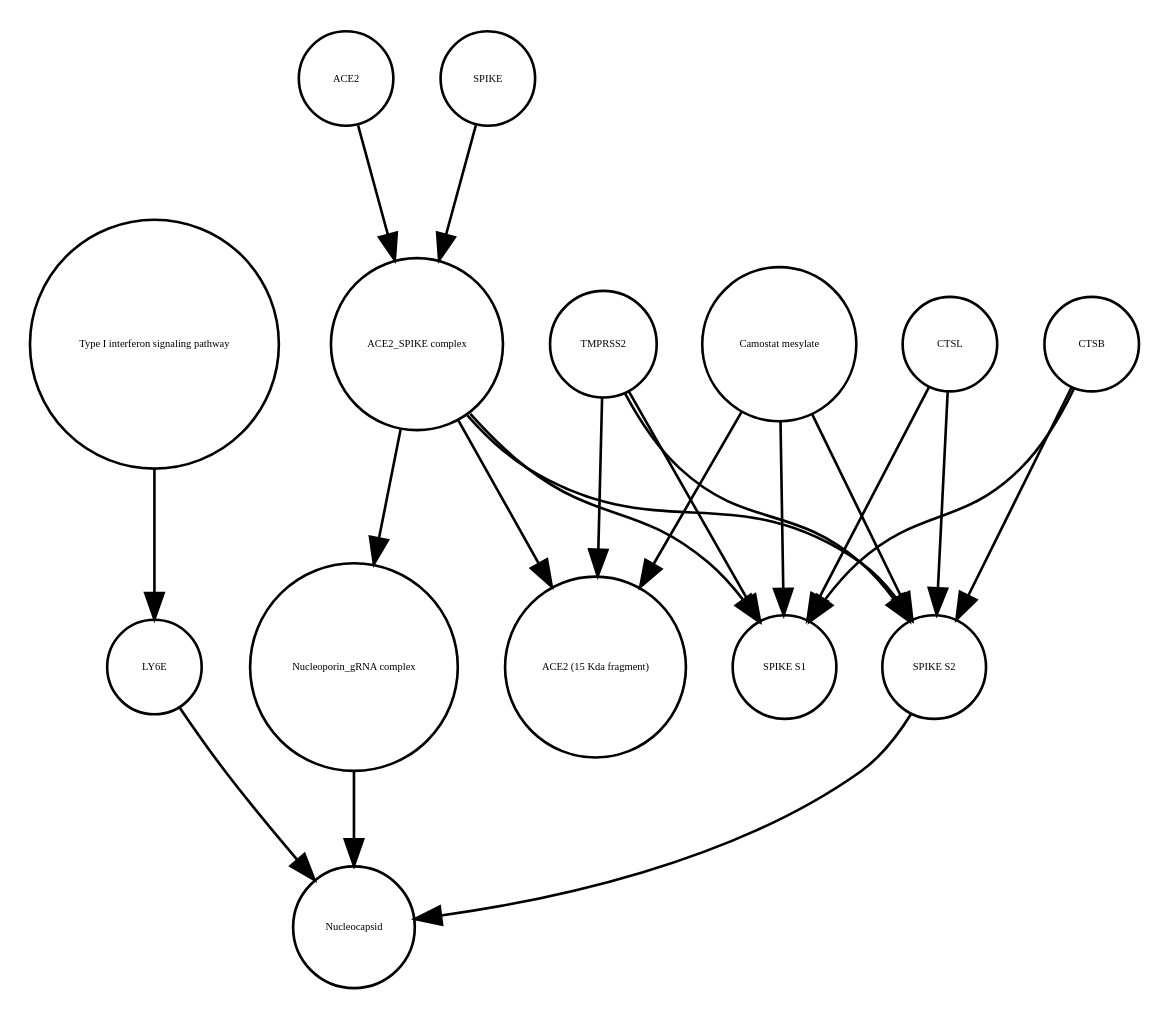
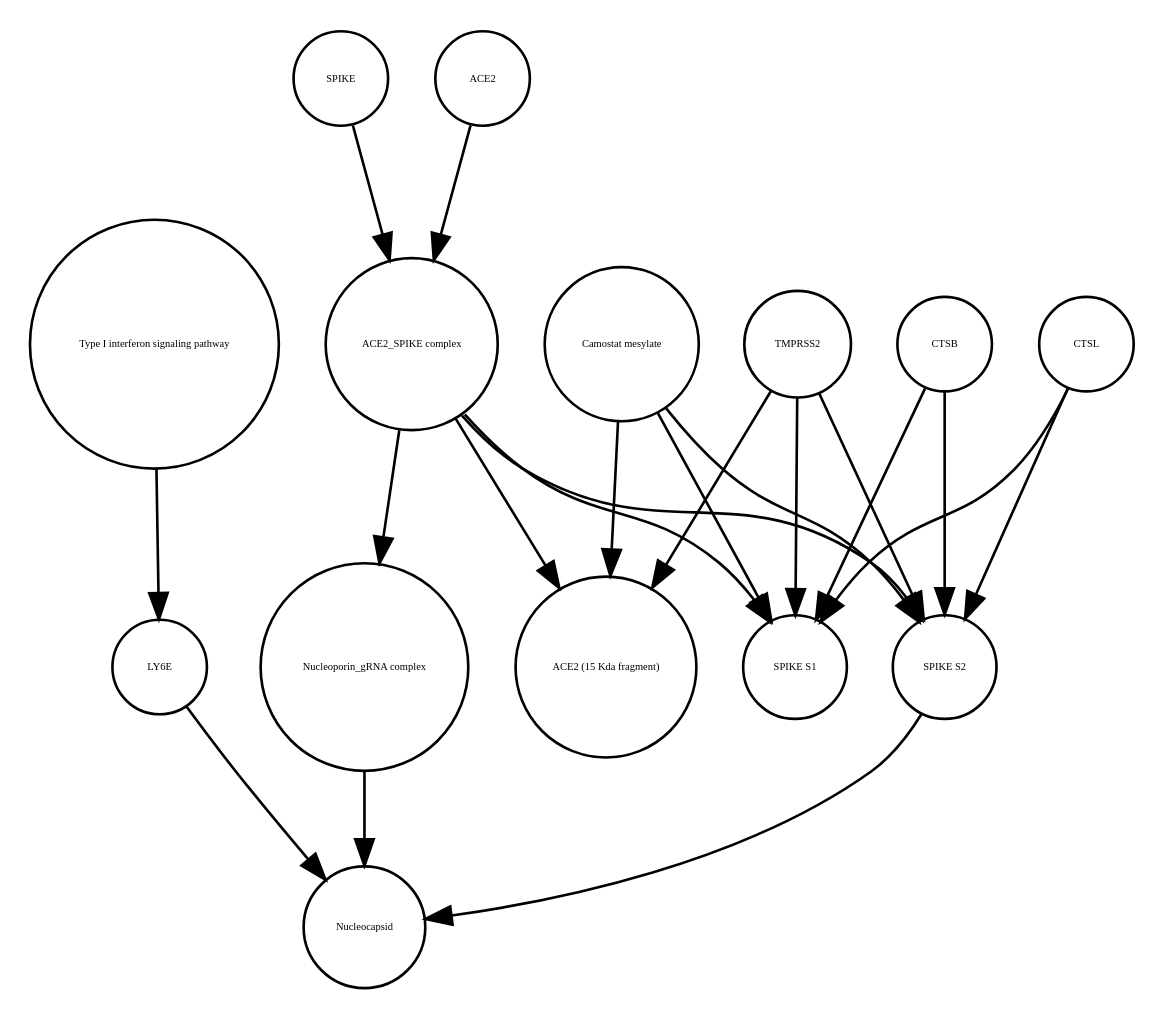
One commit to cannin/covid19-sbgn changed the diagram in Virus_replication_cycle_V01.xml_projected.dot. Above: the diagram before and after it, drawn with Graphviz. The commit also changed 637 other files, not shown here.

```diff
--- a/Virus_replication_cycle_V01.xml_projected.dot
+++ b/Virus_replication_cycle_V01.xml_projected.dot
@@ -1,36 +1,36 @@
 strict digraph  {
 "Type I interferon signaling pathway" [annotation="", bipartite=0, cls=phenotype, fontsize=4, label="Type I interferon signaling pathway", shape=circle];
 LY6E [annotation="", bipartite=0, cls=macromolecule, fontsize=4, label=LY6E, shape=circle];
+"ACE2_SPIKE complex" [annotation="", bipartite=0, cls=complex, fontsize=4, label="ACE2_SPIKE complex", shape=circle];
+"Camostat mesylate" [annotation="urn_miriam_pubchem.compound_2536", bipartite=0, cls="simple chemical", fontsize=4, label="Camostat mesylate", shape=circle];
+TMPRSS2 [annotation="", bipartite=0, cls=macromolecule, fontsize=4, label=TMPRSS2, shape=circle];
+SPIKE [annotation="", bipartite=0, cls="macromolecule multimer", fontsize=4, label=SPIKE, shape=circle];
+ACE2 [annotation="", bipartite=0, cls=macromolecule, fontsize=4, label=ACE2, shape=circle];
+"SPIKE S2" [annotation="", bipartite=0, cls=macromolecule, fontsize=4, label="SPIKE S2", shape=circle];
+CTSL [annotation="", bipartite=0, cls=macromolecule, fontsize=4, label=CTSL, shape=circle];
+"SPIKE S1" [annotation="", bipartite=0, cls=macromolecule, fontsize=4, label="SPIKE S1", shape=circle];
+Nucleocapsid [annotation="", bipartite=0, cls=complex, fontsize=4, label=Nucleocapsid, shape=circle];
+"ACE2 (15 Kda fragment)" [annotation="", bipartite=0, cls=macromolecule, fontsize=4, label="ACE2 (15 Kda fragment)", shape=circle];
 "Nucleoporin_gRNA complex " [annotation="", bipartite=0, cls=complex, fontsize=4, label="Nucleoporin_gRNA complex ", shape=circle];
-TMPRSS2 [annotation="", bipartite=0, cls=macromolecule, fontsize=4, label=TMPRSS2, shape=circle];
-"Camostat mesylate" [annotation="urn_miriam_pubchem.compound_2536", bipartite=0, cls="simple chemical", fontsize=4, label="Camostat mesylate", shape=circle];
 CTSB [annotation="", bipartite=0, cls=macromolecule, fontsize=4, label=CTSB, shape=circle];
-Nucleocapsid [annotation="", bipartite=0, cls=complex, fontsize=4, label=Nucleocapsid, shape=circle];
-"ACE2_SPIKE complex" [annotation="", bipartite=0, cls=complex, fontsize=4, label="ACE2_SPIKE complex", shape=circle];
-"SPIKE S2" [annotation="", bipartite=0, cls=macromolecule, fontsize=4, label="SPIKE S2", shape=circle];
-"ACE2 (15 Kda fragment)" [annotation="", bipartite=0, cls=macromolecule, fontsize=4, label="ACE2 (15 Kda fragment)", shape=circle];
-"SPIKE S1" [annotation="", bipartite=0, cls=macromolecule, fontsize=4, label="SPIKE S1", shape=circle];
-ACE2 [annotation="", bipartite=0, cls=macromolecule, fontsize=4, label=ACE2, shape=circle];
-SPIKE [annotation="", bipartite=0, cls="macromolecule multimer", fontsize=4, label=SPIKE, shape=circle];
-CTSL [annotation="", bipartite=0, cls=macromolecule, fontsize=4, label=CTSL, shape=circle];
 "Type I interferon signaling pathway" -> LY6E  [annotation="", interaction_type=stimulation];
-LY6E -> Nucleocapsid  [annotation="urn_miriam_doi_10.1101%2F2020.03.05.979260|urn_miriam_pubmed_32142651|urn_miriam_pubmed_32094589", interaction_type=inhibition];
+LY6E -> Nucleocapsid  [annotation="urn_miriam_doi_10.1101%2F2020.03.05.979260", interaction_type=inhibition];
+"ACE2_SPIKE complex" -> "Nucleoporin_gRNA complex "  [annotation="urn_miriam_pubmed_32142651|urn_miriam_pubmed_32094589", interaction_type=stimulation];
+"ACE2_SPIKE complex" -> "SPIKE S2"  [annotation="", interaction_type=production];
+"ACE2_SPIKE complex" -> "ACE2 (15 Kda fragment)"  [annotation="", interaction_type=production];
+"ACE2_SPIKE complex" -> "SPIKE S1"  [annotation="", interaction_type=production];
+"Camostat mesylate" -> "SPIKE S2"  [annotation="urn_miriam_pubmed_32142651|urn_miriam_pubmed_32094589|urn_miriam_pubmed_24227843", interaction_type=inhibition];
+"Camostat mesylate" -> "ACE2 (15 Kda fragment)"  [annotation="urn_miriam_pubmed_32142651|urn_miriam_pubmed_32094589|urn_miriam_pubmed_24227843", interaction_type=inhibition];
+"Camostat mesylate" -> "SPIKE S1"  [annotation="urn_miriam_pubmed_32142651|urn_miriam_pubmed_32094589|urn_miriam_pubmed_24227843", interaction_type=inhibition];
+TMPRSS2 -> "SPIKE S2"  [annotation="urn_miriam_pubmed_32142651|urn_miriam_pubmed_32094589|urn_miriam_pubmed_24227843", interaction_type=catalysis];
+TMPRSS2 -> "ACE2 (15 Kda fragment)"  [annotation="urn_miriam_pubmed_32142651|urn_miriam_pubmed_32094589|urn_miriam_pubmed_24227843", interaction_type=catalysis];
+TMPRSS2 -> "SPIKE S1"  [annotation="urn_miriam_pubmed_32142651|urn_miriam_pubmed_32094589|urn_miriam_pubmed_24227843", interaction_type=catalysis];
+SPIKE -> "ACE2_SPIKE complex"  [annotation="", interaction_type=production];
+ACE2 -> "ACE2_SPIKE complex"  [annotation="", interaction_type=production];
+"SPIKE S2" -> Nucleocapsid  [annotation="urn_miriam_doi_10.1101%2F2020.03.05.979260", interaction_type=stimulation];
+CTSL -> "SPIKE S2"  [annotation=urn_miriam_pubmed_32142651, interaction_type=catalysis];
+CTSL -> "SPIKE S1"  [annotation=urn_miriam_pubmed_32142651, interaction_type=catalysis];
 "Nucleoporin_gRNA complex " -> Nucleocapsid  [annotation="", interaction_type=production];
-TMPRSS2 -> "SPIKE S1"  [annotation="urn_miriam_pubmed_32142651|urn_miriam_pubmed_32094589|urn_miriam_pubmed_24227843", interaction_type=catalysis];
-TMPRSS2 -> "ACE2 (15 Kda fragment)"  [annotation="urn_miriam_pubmed_32142651|urn_miriam_pubmed_32094589|urn_miriam_pubmed_24227843", interaction_type=catalysis];
-TMPRSS2 -> "SPIKE S2"  [annotation="urn_miriam_pubmed_32142651|urn_miriam_pubmed_32094589|urn_miriam_pubmed_24227843", interaction_type=catalysis];
-"Camostat mesylate" -> "SPIKE S1"  [annotation="urn_miriam_pubmed_32142651|urn_miriam_pubmed_32094589|urn_miriam_pubmed_24227843", interaction_type=inhibition];
-"Camostat mesylate" -> "ACE2 (15 Kda fragment)"  [annotation="urn_miriam_pubmed_32142651|urn_miriam_pubmed_32094589|urn_miriam_pubmed_24227843", interaction_type=inhibition];
-"Camostat mesylate" -> "SPIKE S2"  [annotation="urn_miriam_pubmed_32142651|urn_miriam_pubmed_32094589|urn_miriam_pubmed_24227843", interaction_type=inhibition];
+CTSB -> "SPIKE S2"  [annotation=urn_miriam_pubmed_32142651, interaction_type=catalysis];
 CTSB -> "SPIKE S1"  [annotation=urn_miriam_pubmed_32142651, interaction_type=catalysis];
-CTSB -> "SPIKE S2"  [annotation=urn_miriam_pubmed_32142651, interaction_type=catalysis];
-"ACE2_SPIKE complex" -> "SPIKE S1"  [annotation="", interaction_type=production];
-"ACE2_SPIKE complex" -> "ACE2 (15 Kda fragment)"  [annotation="", interaction_type=production];
-"ACE2_SPIKE complex" -> "SPIKE S2"  [annotation="", interaction_type=production];
-"ACE2_SPIKE complex" -> "Nucleoporin_gRNA complex "  [annotation="urn_miriam_pubmed_32142651|urn_miriam_pubmed_32094589", interaction_type=stimulation];
-"SPIKE S2" -> Nucleocapsid  [annotation="urn_miriam_doi_10.1101%2F2020.03.05.979260|urn_miriam_pubmed_32142651|urn_miriam_pubmed_32094589", interaction_type=stimulation];
-ACE2 -> "ACE2_SPIKE complex"  [annotation="", interaction_type=production];
-SPIKE -> "ACE2_SPIKE complex"  [annotation="", interaction_type=production];
-CTSL -> "SPIKE S1"  [annotation=urn_miriam_pubmed_32142651, interaction_type=catalysis];
-CTSL -> "SPIKE S2"  [annotation=urn_miriam_pubmed_32142651, interaction_type=catalysis];
 }
```
